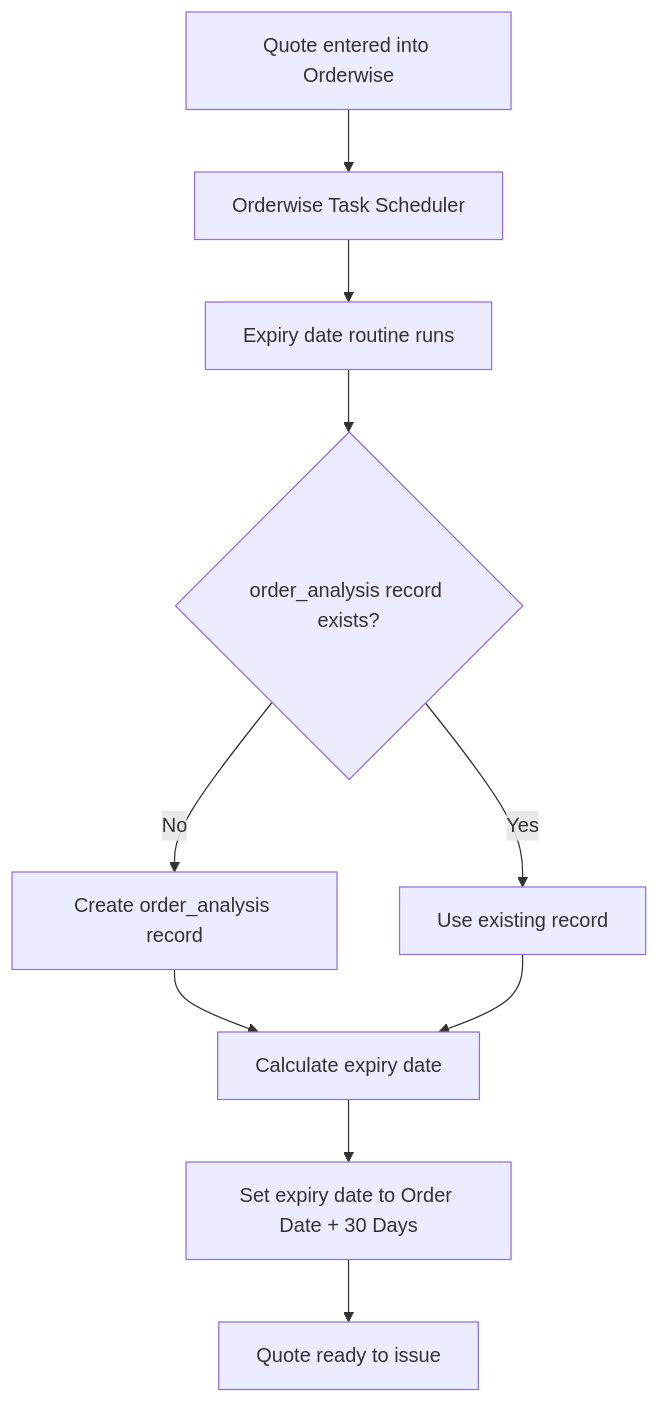
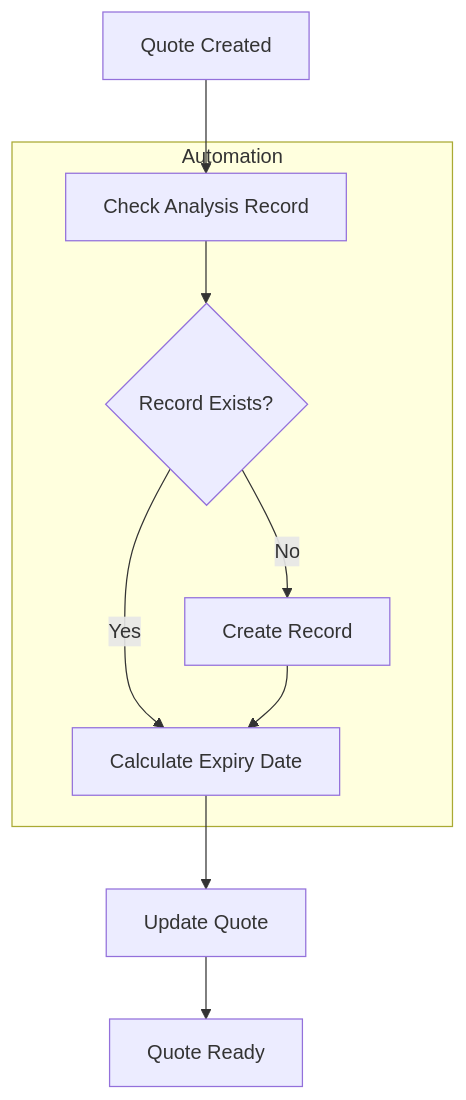
One commit to ArinITDev/OWAPI-Getting-Started changed the diagram in README.md. Above: the diagram before and after it, drawn with Mermaid.

````diff
--- a/README.md
+++ b/README.md
@@ -15,18 +13,23 @@
 ```mermaid
 flowchart TD
-    A[Quote entered into Orderwise]
-    
-    A --> B[Orderwise Task Scheduler]
-    B --> C[Expiry date routine runs]
-    
-    C --> D{order_analysis record exists?}
-    
-    D -->|No| E[Create order_analysis record]
-    D -->|Yes| F[Use existing record]
-    
-    E --> G[Calculate expiry date]
+
+    A[Quote Created]
+
+    subgraph Automation
+        B[Check Analysis Record]
+        C{Record Exists?}
+        D[Create Record]
+        E[Calculate Expiry Date]
+    end
+
+    F[Update Quote]
+    G[Quote Ready]
+
+    A --> B
+    B --> C
+    C -->|No| D
+    C -->|Yes| E
+    D --> E
+    E --> F
     F --> G
-    
-    G --> H[Set expiry date to Order Date + 30 Days]
-    H --> I[Quote ready to issue]
 ```
````
